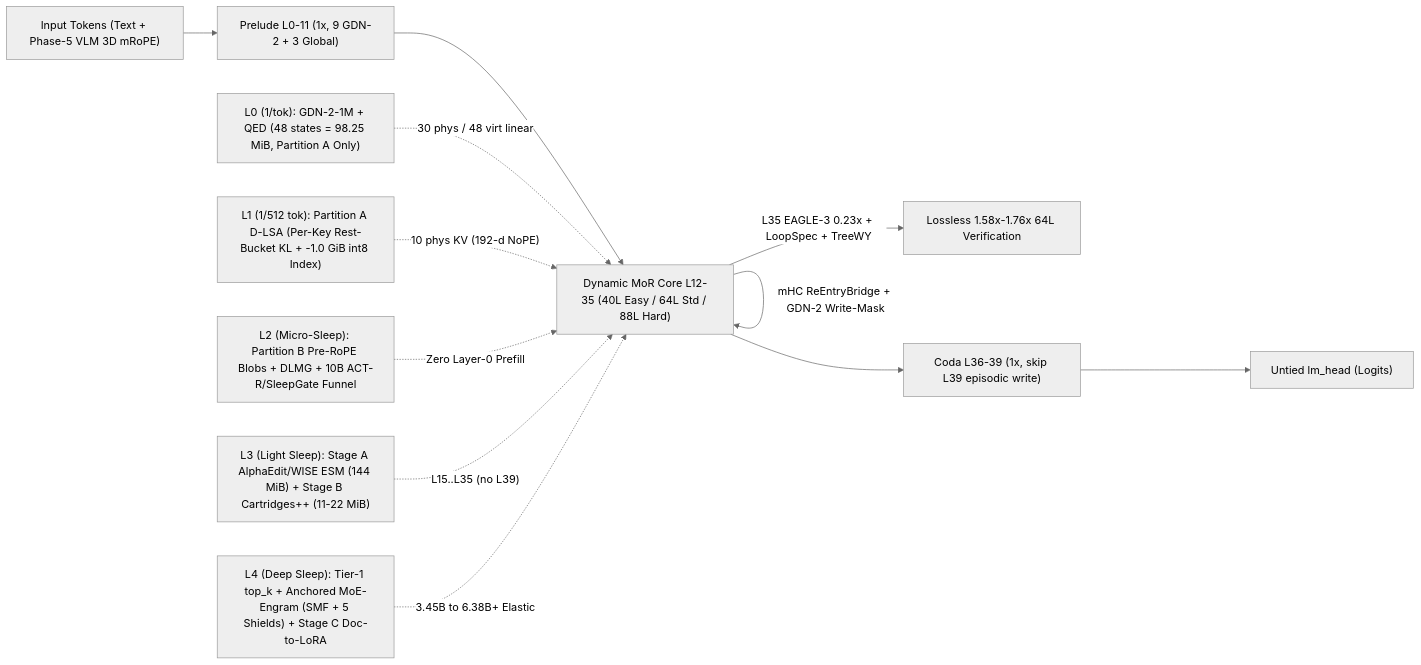
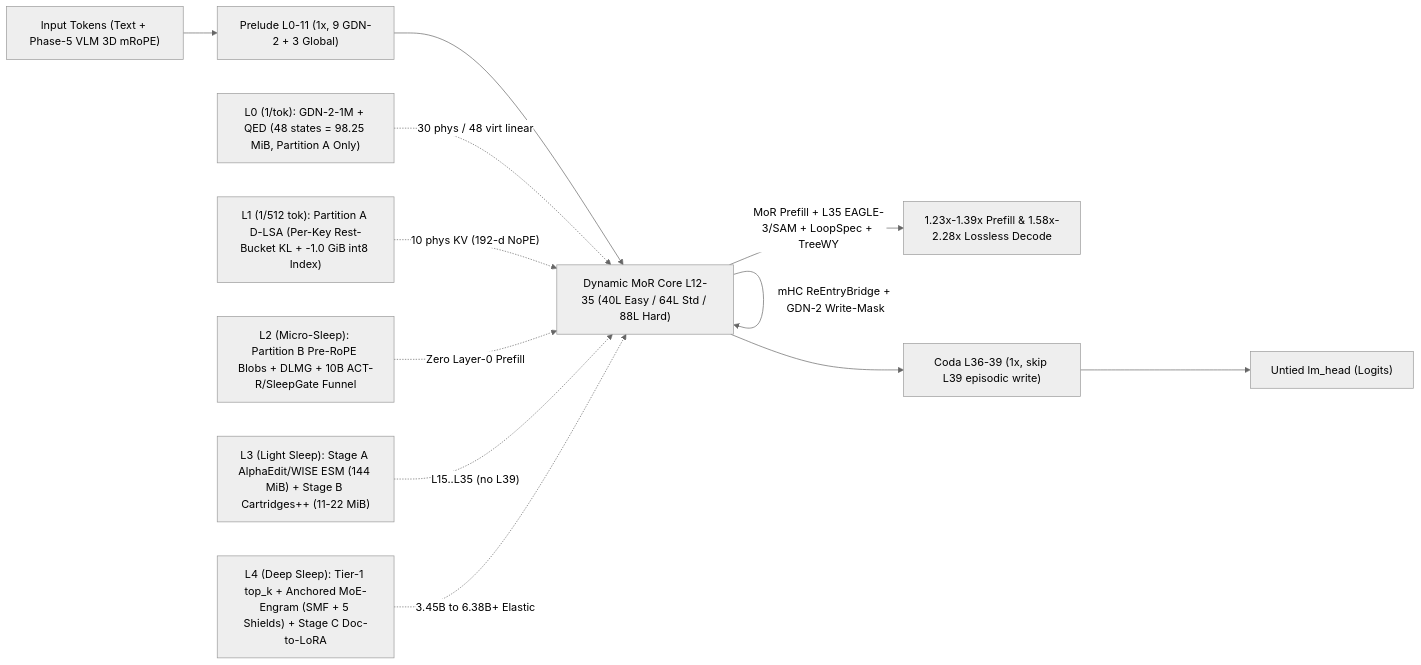
One commit to BaiTian6641/Qwen3.6-35B-A3B-Loop60 changed the diagram in docs/ROADMAP_NEXTGEN_LOOP64_COMEM.md. Above: the diagram before and after it, drawn with Mermaid (neutral theme). The commit also changed other lines of this file and 4 other files, not shown here.

Commit message:
docs(proposal,grant,roadmap): add v2.1 prefill MoR/MoD math, Engram-coupled EAGLE-3/SAM/TreeWY decode, and K4 gates (EN+ZH)

````diff
--- a/docs/ROADMAP_NEXTGEN_LOOP64_COMEM.md
+++ b/docs/ROADMAP_NEXTGEN_LOOP64_COMEM.md
@@ -92,15 +92,15 @@
 ```mermaid
 flowchart LR
     IN["Input Tokens (Text + Phase-5 VLM 3D mRoPE)"] --> PRE["Prelude L0-11 (1x, 9 GDN-2 + 3 Global)"]
     PRE --> CORE["Dynamic MoR Core L12-35 (40L Easy / 64L Std / 88L Hard)"]
     CORE -- "mHC ReEntryBridge + GDN-2 Write-Mask" --> CORE
-    CORE -- "L35 EAGLE-3 0.23x + LoopSpec + TreeWY" --> DRAFT["Lossless 1.58x-1.76x 64L Verification"]
+    CORE -- "MoR Prefill + L35 EAGLE-3/SAM + LoopSpec + TreeWY" --> DRAFT["1.23x-1.39x Prefill & 1.58x-2.28x Lossless Decode"]
     CORE --> CODA["Coda L36-39 (1x, skip L39 episodic write)"]
     CODA --> OUT["Untied lm_head (Logits)"]
 
     L0["L0 (1/tok): GDN-2-1M + QED (48 states = 98.25 MiB, Partition A Only)"] -. "30 phys / 48 virt linear" .-> CORE
     L1["L1 (1/512 tok): Partition A D-LSA (Per-Key Rest-Bucket KL + -1.0 GiB int8 Index)"] -. "10 phys KV (192-d NoPE)" .-> CORE
     L2["L2 (Micro-Sleep): Partition B Pre-RoPE Blobs + DLMG + 10B ACT-R/SleepGate Funnel"] -. "Zero Layer-0 Prefill" .-> CORE
     L3["L3 (Light Sleep): Stage A AlphaEdit/WISE ESM (144 MiB) + Stage B Cartridges++ (11-22 MiB)"] -. "L15..L35 (no L39)" .-> CORE
     L4["L4 (Deep Sleep): Tier-1 top_k + Anchored MoE-Engram (SMF + 5 Shields) + Stage C Doc-to-LoRA"] -. "3.45B to 6.38B+ Elastic" .-> CORE
 ```
````
